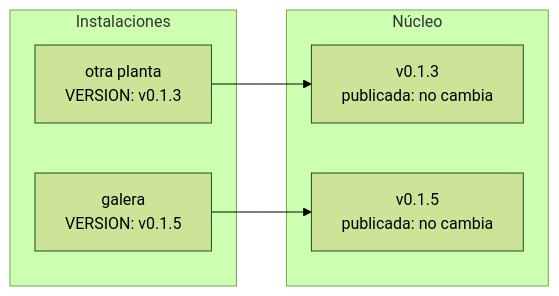
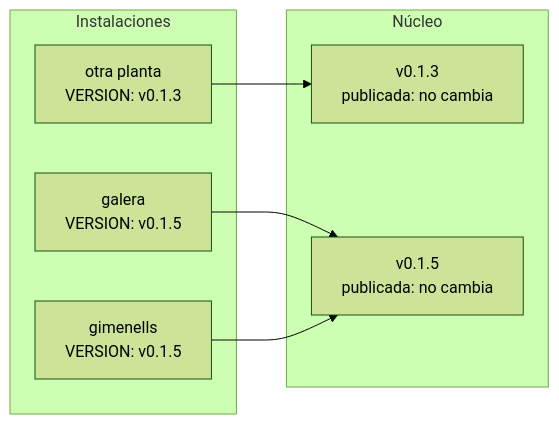
The diagram in README.md (mcamasanz/TeOdora), drawn with Mermaid (forest theme) before and after one commit. The commit also changed other lines of this file and 25 other files, not shown here.

````diff
--- a/README.md
+++ b/README.md
@@ -81,13 +83,15 @@
 ```mermaid
 flowchart LR
     subgraph plantas [Instalaciones]
         A["galera<br/>VERSION: v0.1.5"]
+        C["gimenells<br/>VERSION: v0.1.5"]
         B["otra planta<br/>VERSION: v0.1.3"]
     end
     subgraph nucleo [Núcleo]
         V3["v0.1.3<br/>publicada: no cambia"]
         V4["v0.1.5<br/>publicada: no cambia"]
     end
     A --> V4
+    C --> V4
     B --> V3
 ```
````
